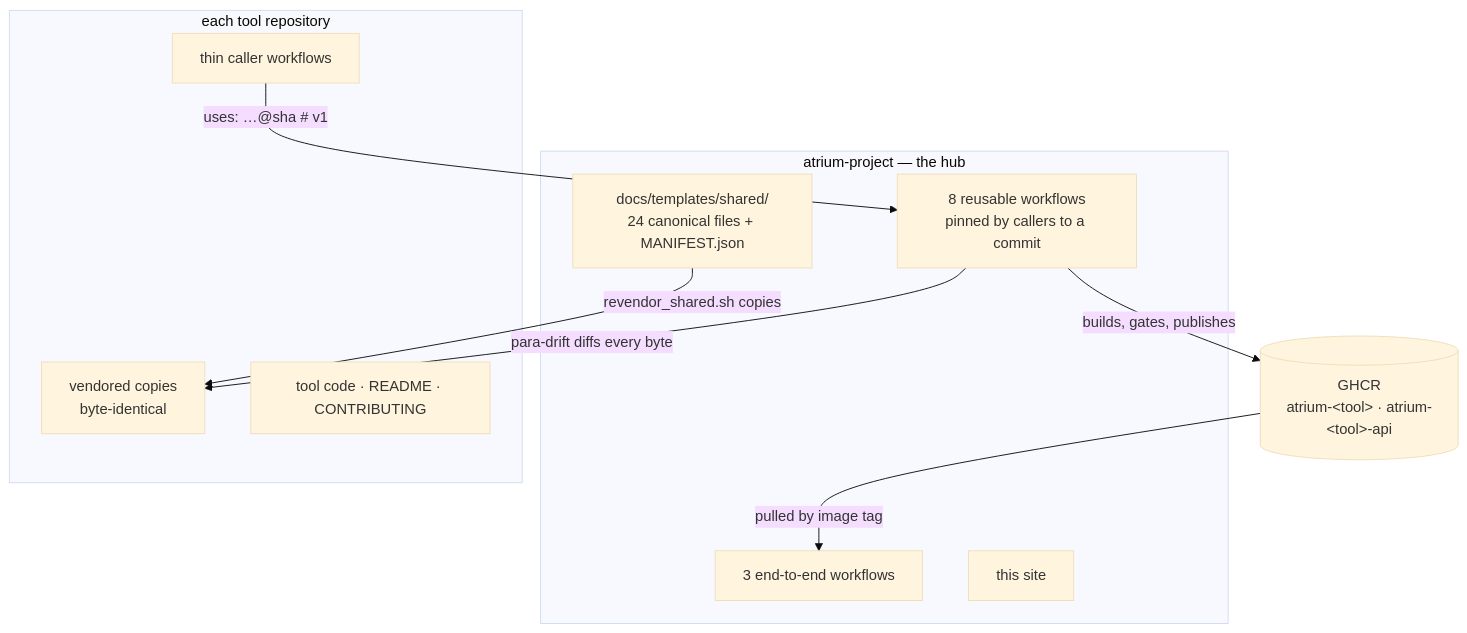
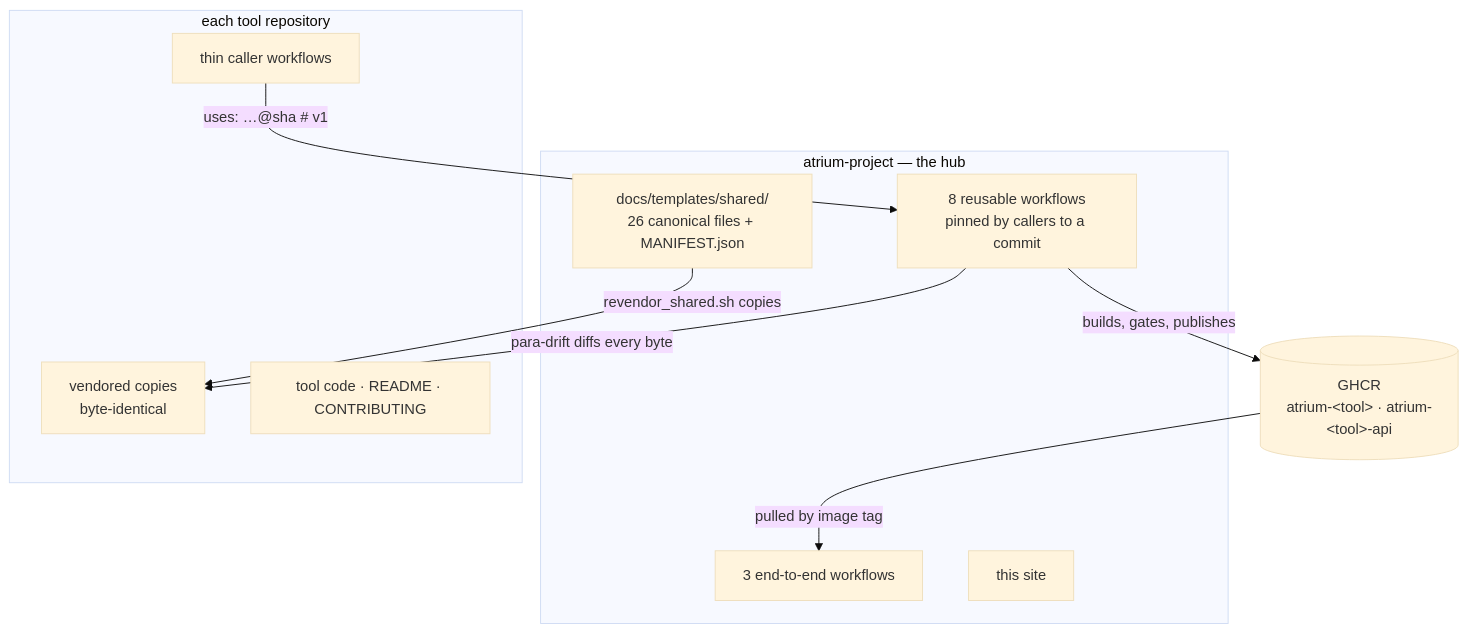
The first of 2 diagrams in docs_site/ecosystem/architecture.md (ufal/atrium-project), drawn with Mermaid (base theme) before and after one commit. The commit also changed other lines of this file and 85 other files, not shown here.

````diff
--- a/docs_site/ecosystem/architecture.md
+++ b/docs_site/ecosystem/architecture.md
@@ -29,20 +30,20 @@
 ```mermaid
 flowchart TB
   subgraph HUB["atrium-project — the hub"]
-    SHARED["docs/templates/shared/<br/>24 canonical files + MANIFEST.json"]
+    SHARED["docs/templates/shared/<br/>26 canonical files + MANIFEST.json"]
     REUSE["8 reusable workflows<br/>pinned by callers to a commit"]
     E2E["3 end-to-end workflows"]
     SITE["this site"]
   end
   subgraph TOOL["each tool repository"]
     VEND["vendored copies<br/>byte-identical"]
     CALL["thin caller workflows"]
     CODE["tool code · README · CONTRIBUTING"]
   end
   GHCR[("GHCR<br/>atrium-&lt;tool&gt; · atrium-&lt;tool&gt;-api")]
   SHARED -- "revendor_shared.sh copies" --> VEND
   CALL -- "uses: …@sha  # v1" --> REUSE
   REUSE -- "para-drift diffs every byte" --> VEND
   REUSE -- "builds, gates, publishes" --> GHCR
   GHCR -- "pulled by image tag" --> E2E
 ```
````
